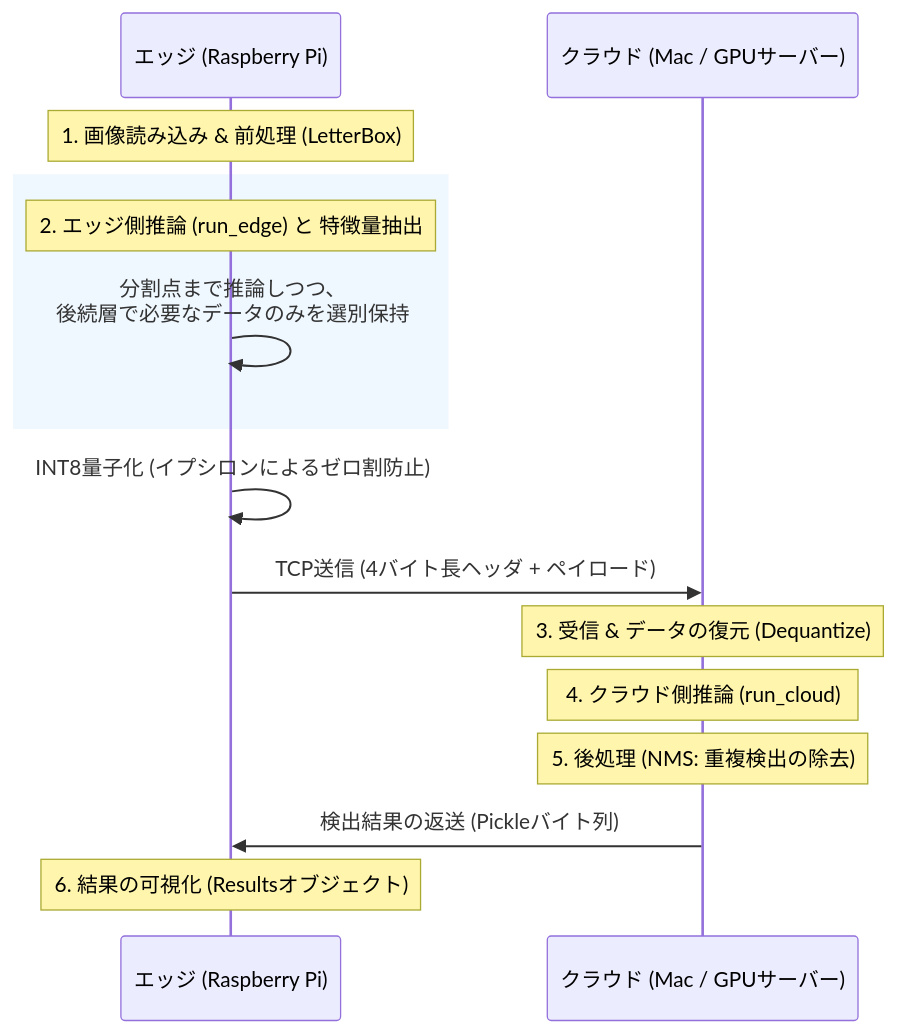
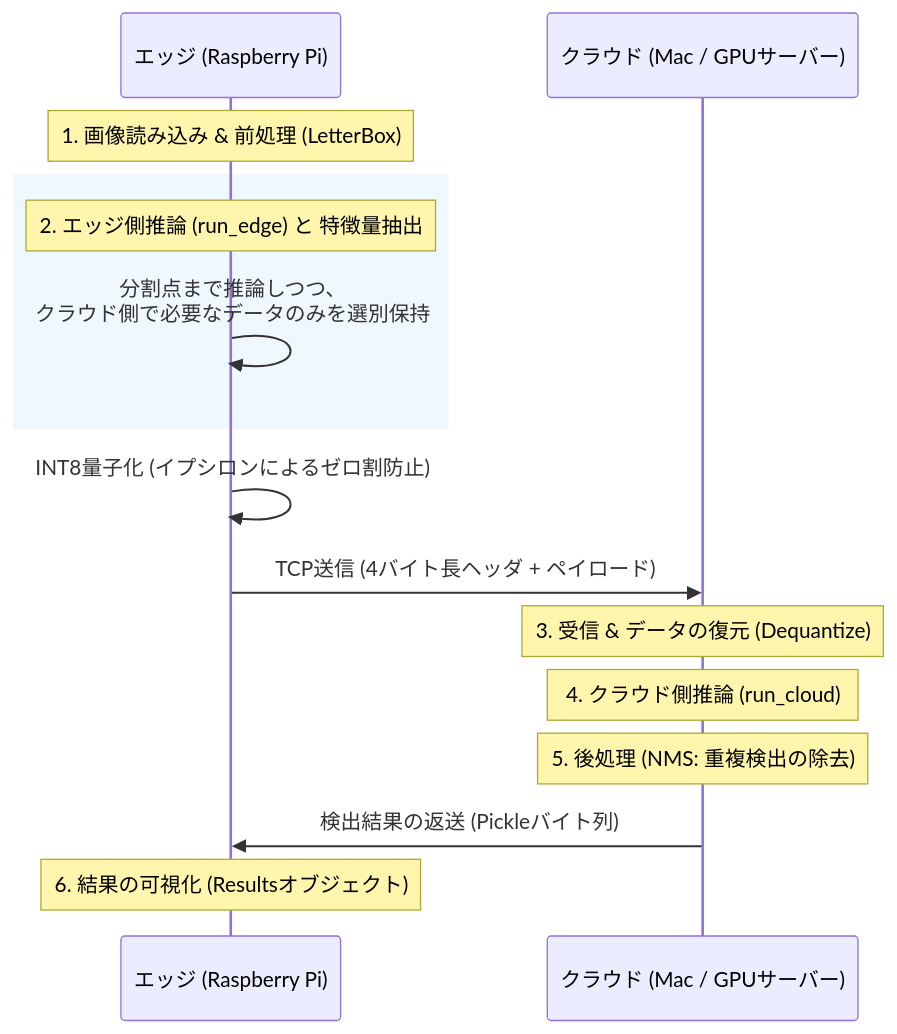
Before and after one commit to Kazz0706/Auto-Split-2026: the first of 2 diagrams in README.md, drawn with Mermaid. The commit also changed other lines of this file and 1 other file, not shown here.

````diff
--- a/README.md
+++ b/README.md
@@ -64,22 +64,22 @@
 ```mermaid
 sequenceDiagram
     participant E as エッジ (Raspberry Pi)
     participant C as クラウド (Mac / GPUサーバー)
 
     Note over E: 1. 画像読み込み & 前処理 (LetterBox)
     
     rect rgb(240, 248, 255)
     Note over E: 2. エッジ側推論 (run_edge) と 特徴量抽出
-    E->>E: 分割点まで推論しつつ、<br/>後続層で必要なデータのみを選別保持
+    E->>E: 分割点まで推論しつつ、<br/>クラウド側で必要なデータのみを選別保持
     end
 
     E->>E: INT8量子化 (イプシロンによるゼロ割防止)
     E->>C: TCP送信 (4バイト長ヘッダ + ペイロード)
     
     Note over C: 3. 受信 & データの復元 (Dequantize)
     Note over C: 4. クラウド側推論 (run_cloud)
     Note over C: 5. 後処理 (NMS: 重複検出の除去)
     
     C->>E: 検出結果の返送 (Pickleバイト列)
     Note over E: 6. 結果の可視化 (Resultsオブジェクト)
 ```
````
